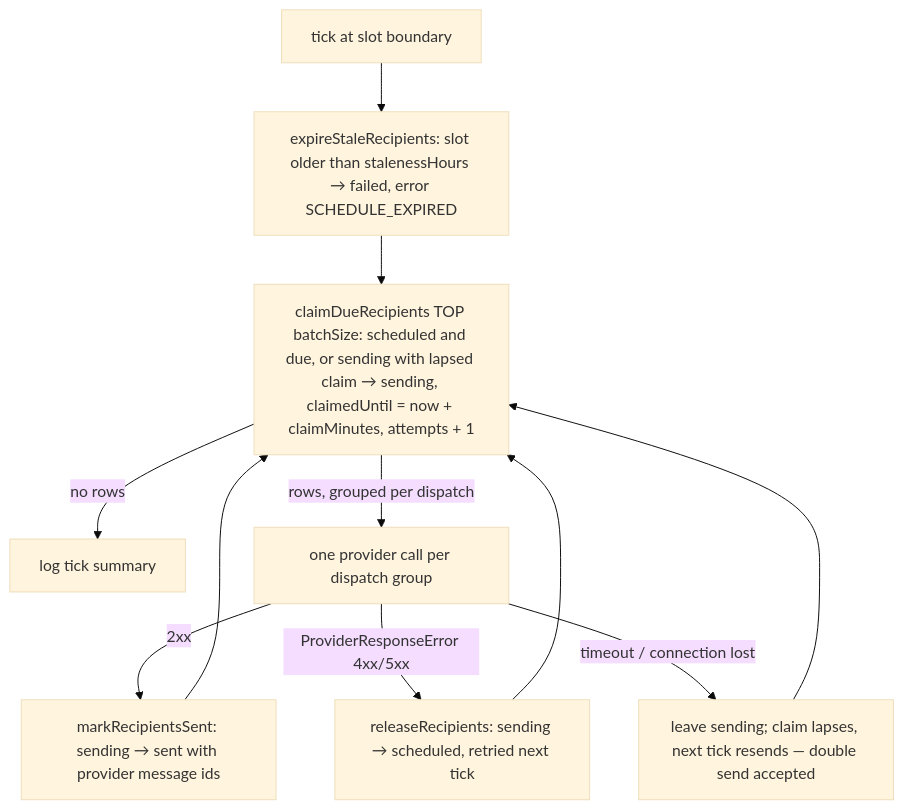
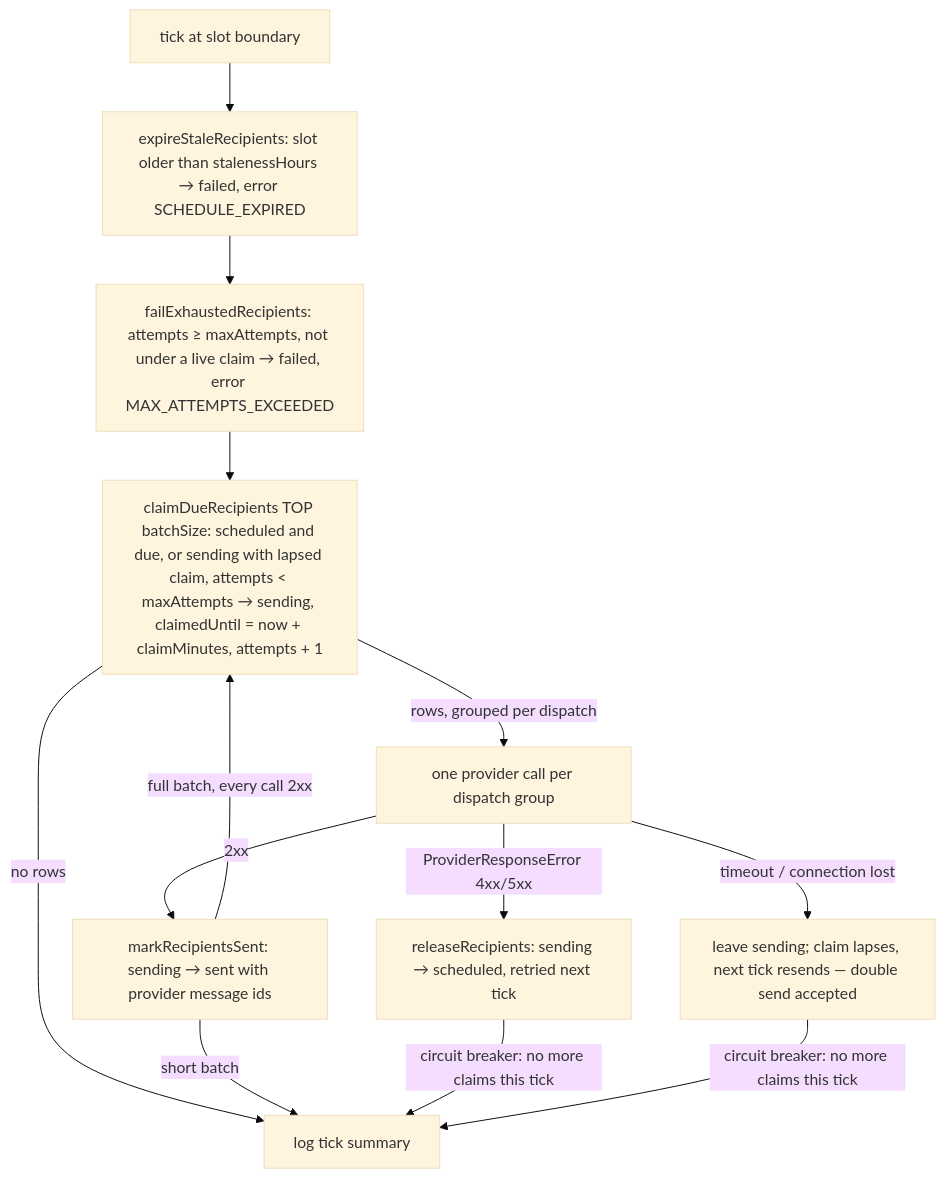
Before and after one commit to Bostads-AB-Mimer/onecore: the second of 2 diagrams in services/communication/src/services/scheduled-sends/DOCS_Scheduled_Sends.md, drawn with Mermaid (base theme). The commit also changed other lines of this file and 5 other files, not shown here.

First line of the commit message:
fix(communication): bound scheduled-send retries (attempt cap + circuit breaker)

````diff
--- a/services/communication/src/services/scheduled-sends/DOCS_Scheduled_Sends.md
+++ b/services/communication/src/services/scheduled-sends/DOCS_Scheduled_Sends.md
@@ -56,13 +56,15 @@
 ```mermaid
 flowchart TD
     T[tick at slot boundary] --> X[expireStaleRecipients: slot older than stalenessHours → failed, error SCHEDULE_EXPIRED]
-    X --> C[claimDueRecipients TOP batchSize: scheduled and due, or sending with lapsed claim → sending, claimedUntil = now + claimMinutes, attempts + 1]
+    X --> E[failExhaustedRecipients: attempts ≥ maxAttempts, not under a live claim → failed, error MAX_ATTEMPTS_EXCEEDED]
+    E --> C[claimDueRecipients TOP batchSize: scheduled and due, or sending with lapsed claim, attempts < maxAttempts → sending, claimedUntil = now + claimMinutes, attempts + 1]
     C -->|no rows| S[log tick summary]
     C -->|rows, grouped per dispatch| P[one provider call per dispatch group]
     P -->|2xx| OK[markRecipientsSent: sending → sent with provider message ids]
     P -->|ProviderResponseError 4xx/5xx| R[releaseRecipients: sending → scheduled, retried next tick]
     P -->|timeout / connection lost| U[leave sending; claim lapses, next tick resends — double send accepted]
-    OK --> C
-    R --> C
-    U --> C
+    OK -->|full batch, every call 2xx| C
+    OK -->|short batch| S
+    R -->|circuit breaker: no more claims this tick| S
+    U -->|circuit breaker: no more claims this tick| S
 ```
````
